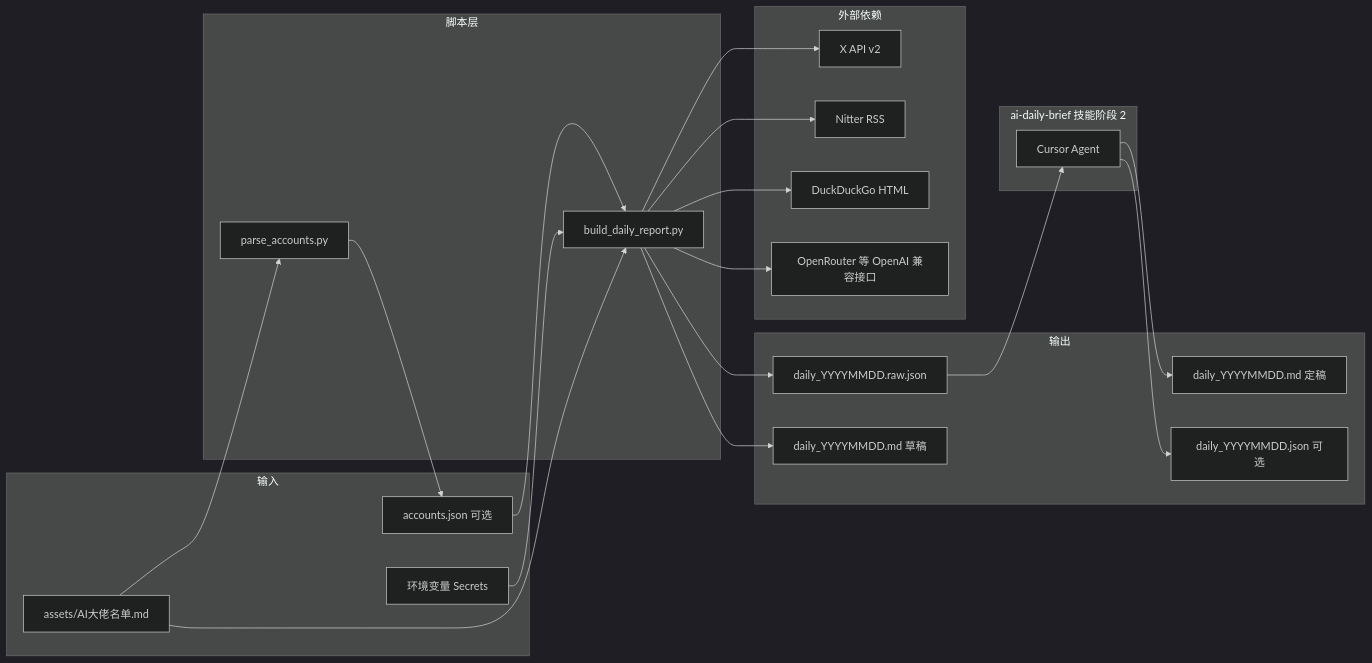
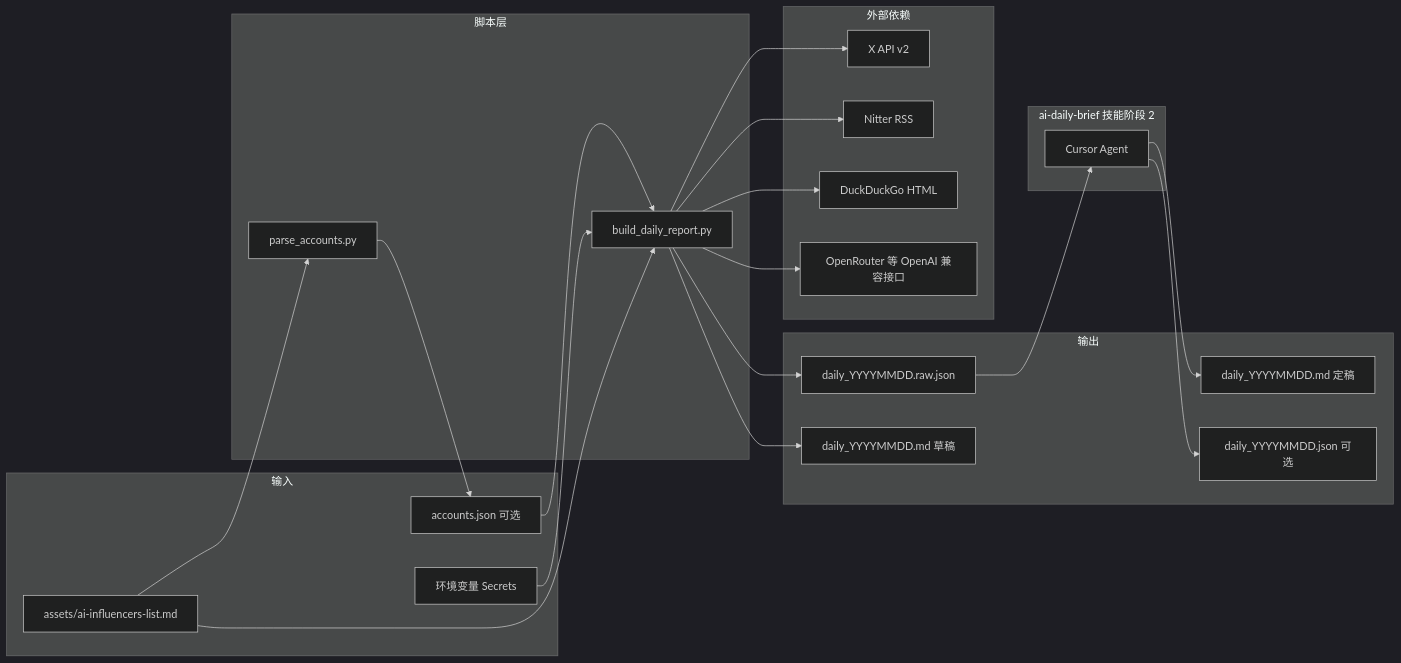
One commit to chengkj99/kj-skills changed the diagram in skills/ai-daily-brief/references/implementation.md. Above: the diagram before and after it, drawn with Mermaid (dark theme). The commit also changed other lines of this file and 13 other files, not shown here.

````diff
--- a/skills/ai-daily-brief/references/implementation.md
+++ b/skills/ai-daily-brief/references/implementation.md
@@ -24,41 +24,41 @@
 ```mermaid
 flowchart LR
   subgraph inputs [输入]
-    MD[assets/AI大佬名单.md]
+    MD[assets/ai-influencers-list.md]
     ACC[accounts.json 可选]
     ENV[环境变量 Secrets]
   end
   subgraph scripts [脚本层]
     PA[parse_accounts.py]
     BR[build_daily_report.py]
   end
   subgraph external [外部依赖]
     XAPI[X API v2]
     NIT[Nitter RSS]
     DDG[DuckDuckGo HTML]
     LLM[OpenRouter 等 OpenAI 兼容接口]
   end
   subgraph outputs [输出]
     RAW[daily_YYYYMMDD.raw.json]
     DRAFT[daily_YYYYMMDD.md 草稿]
     OUTMD[daily_YYYYMMDD.md 定稿]
     OUTJSON[daily_YYYYMMDD.json 可选]
   end
   subgraph skill [ai-daily-brief 技能阶段 2]
     AGENT[Cursor Agent]
   end
   MD --> PA
   PA --> ACC
   MD --> BR
   ACC --> BR
   ENV --> BR
   BR --> XAPI
   BR --> NIT
   BR --> DDG
   BR --> LLM
   BR --> RAW
   BR --> DRAFT
   RAW --> AGENT
   AGENT --> OUTMD
   AGENT --> OUTJSON
 ```
````
